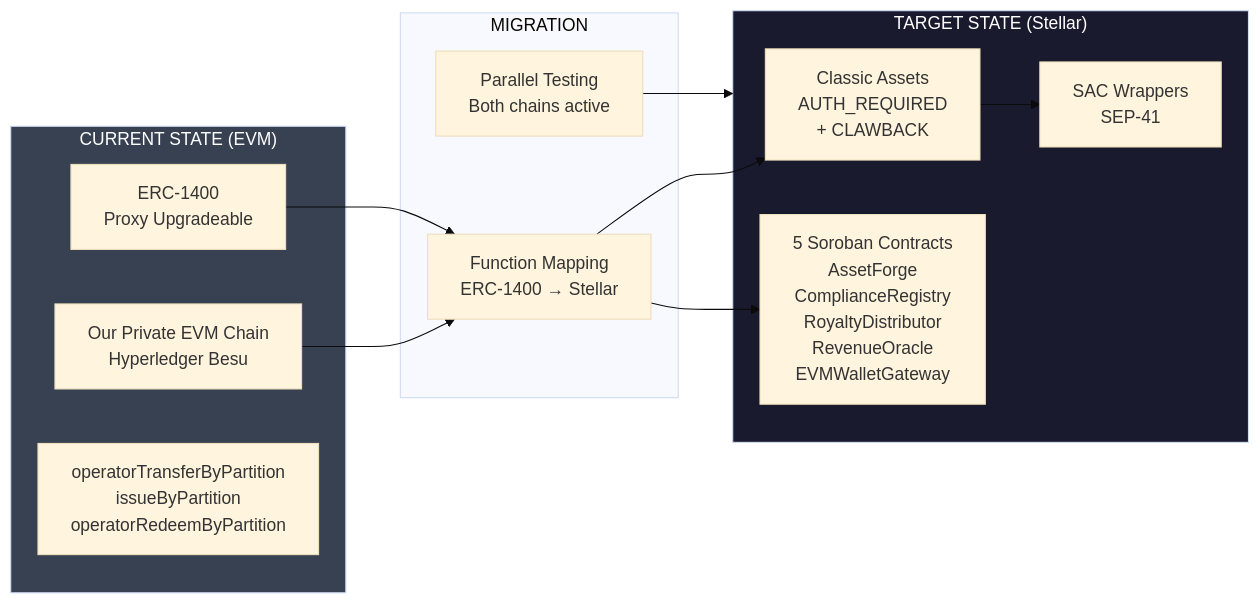
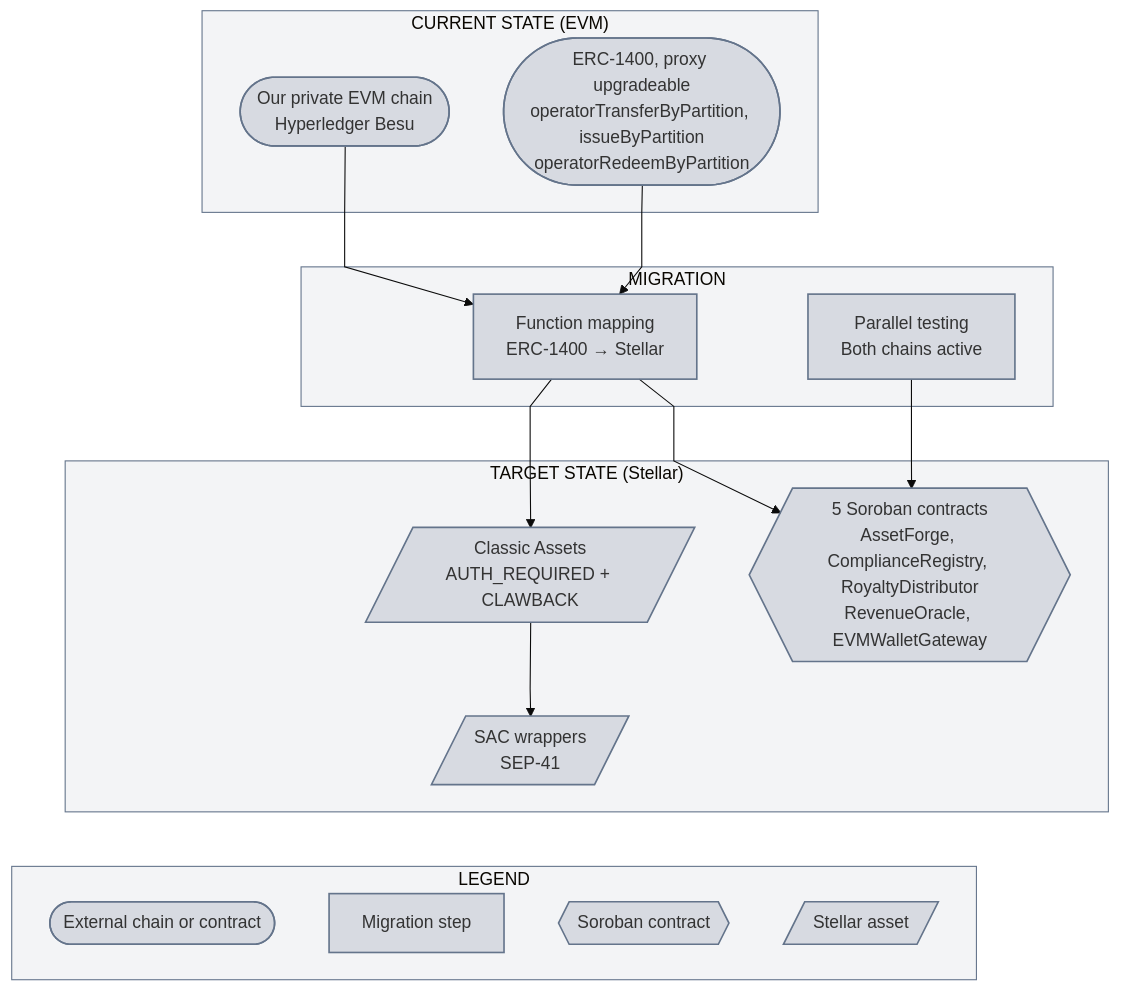
The seventh of 7 diagrams in ARCHITECTURE_v4.md (guichardsabna-lab/ACE-Contract-Infrastructure), drawn with Mermaid (base theme) before and after one commit. The commit also changed other lines of this file, not shown here.

Commit message:
Update architecture: ecosystem building blocks, wallet model and cross-chain deposits

````diff
--- a/ARCHITECTURE_v4.md
+++ b/ARCHITECTURE_v4.md
@@ -1151,29 +1273,45 @@
 ```mermaid
-graph LR
+%%{init: {"flowchart": {"curve": "linear"}}}%%
+flowchart TB
     subgraph CURRENT["CURRENT STATE (EVM)"]
-        TB[Our Private EVM Chain<br/>Hyperledger Besu]
-        ERC[ERC-1400<br/>Proxy Upgradeable]
-        OPS[operatorTransferByPartition<br/>issueByPartition<br/>operatorRedeemByPartition]
+        TB(["Our private EVM chain<br/>Hyperledger Besu"])
+        ERC(["ERC-1400, proxy upgradeable<br/>operatorTransferByPartition, issueByPartition<br/>operatorRedeemByPartition"])
     end
 
     subgraph MIGRATION["MIGRATION"]
-        MAP[Function Mapping<br/>ERC-1400 → Stellar]
-        TEST[Parallel Testing<br/>Both chains active]
+        MAP["Function mapping<br/>ERC-1400 → Stellar"]
+        TEST["Parallel testing<br/>Both chains active"]
     end
 
     subgraph TARGET["TARGET STATE (Stellar)"]
-        CA2[Classic Assets<br/>AUTH_REQUIRED<br/>+ CLAWBACK]
-        SAC2[SAC Wrappers<br/>SEP-41]
-        SOR[5 Soroban Contracts<br/>AssetForge<br/>ComplianceRegistry<br/>RoyaltyDistributor<br/>RevenueOracle<br/>EVMWalletGateway]
+        CA2[/"Classic Assets<br/>AUTH_REQUIRED + CLAWBACK"/]
+        SAC2[/"SAC wrappers<br/>SEP-41"/]
+        SOR{{"5 Soroban contracts<br/>AssetForge, ComplianceRegistry, RoyaltyDistributor<br/>RevenueOracle, EVMWalletGateway"}}
     end
+
+    subgraph LEG["LEGEND"]
+        L1(["External chain or contract"])
+        L2["Migration step"]
+        L3{{"Soroban contract"}}
+        L4[/"Stellar asset"/]
+    end
+
+    SAC2 ~~~ L1
+    SAC2 ~~~ L2
+    SAC2 ~~~ L3
+    SAC2 ~~~ L4
 
     TB --> MAP
     ERC --> MAP
     MAP --> CA2
     MAP --> SOR
     CA2 --> SAC2
-    TEST --> TARGET
+    TEST --> SOR
 
-    style CURRENT fill:#374151,color:#fff
-    style TARGET fill:#1a1a2e,color:#fff
+    style CURRENT fill:#64748b14,stroke:#64748b
+    style MIGRATION fill:#64748b14,stroke:#64748b
+    style TARGET fill:#64748b14,stroke:#64748b
+    style LEG fill:#64748b14,stroke:#64748b
+    classDef boite fill:#64748b33,stroke:#64748b,stroke-width:1.5px
+    class TB,ERC,MAP,TEST,CA2,SAC2,SOR,L1,L2,L3,L4 boite
 ```
````
